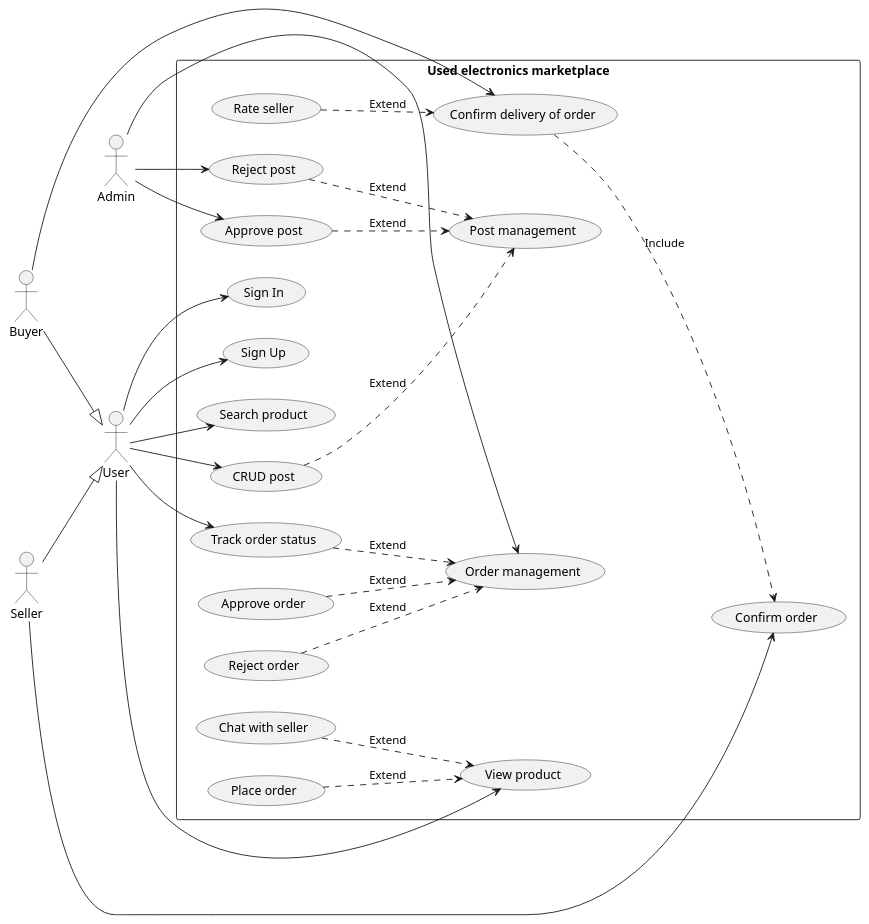
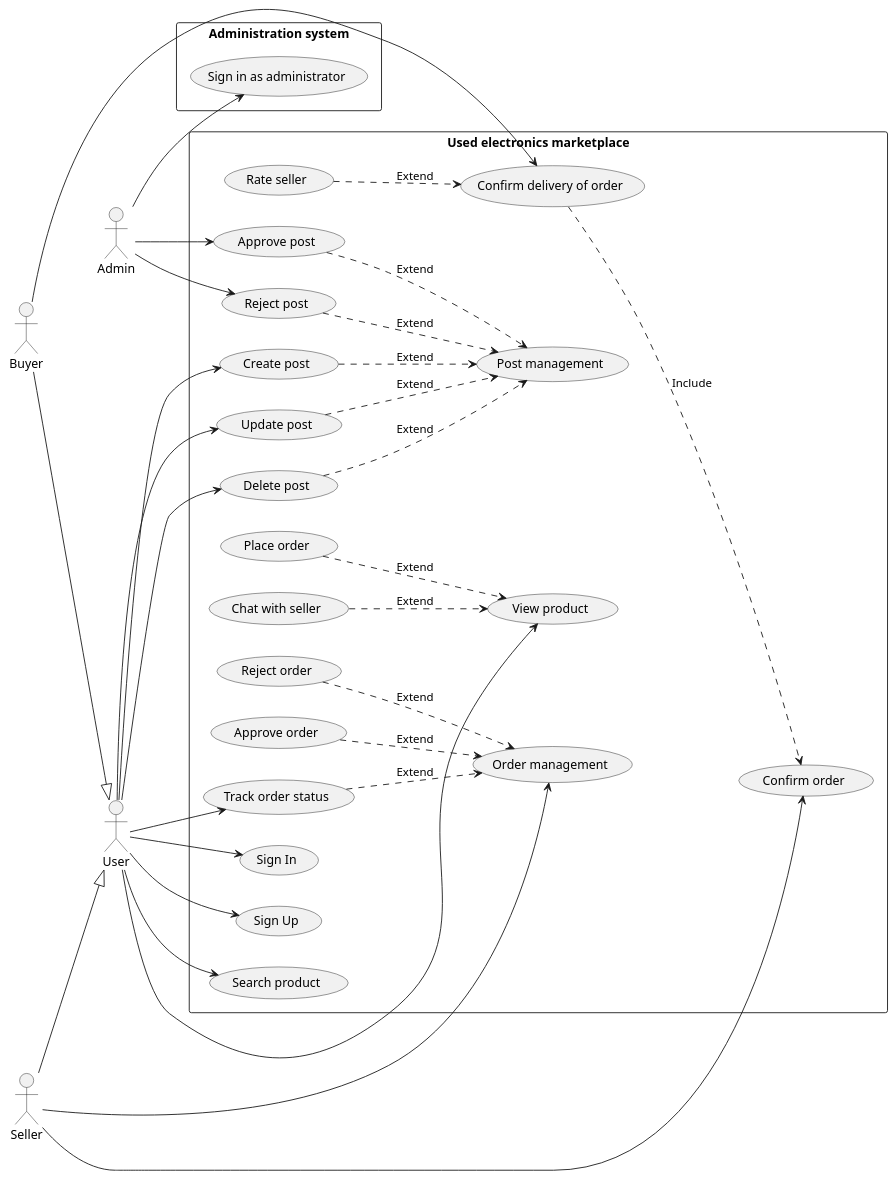
Before and after one commit to doublek2712/SE357-Pratice-class: the diagram in Lab 1.2/usecase.puml, drawn with PlantUML.

```diff
--- a/Lab 1.2/usecase.puml
+++ b/Lab 1.2/usecase.puml
@@ -1,35 +1,42 @@
 @startuml
 left to right direction
 skinparam packageStyle rectangle
 actor User
 actor Admin
 actor Buyer
 actor Seller
 rectangle "Used electronics marketplace" {
     User --> (Sign In)
     User --> (Sign Up)
     User --> (View product)
     User --> (Search product)
-    (CRUD post) ..> (Post management): Extend
+    (Create post) ..> (Post management): Extend
+    (Update post) ..> (Post management): Extend
+    (Delete post) ..> (Post management): Extend
     (Approve post) ..> (Post management): Extend
     (Reject post) ..> (Post management): Extend
     (Chat with seller) ..> (View product): Extend
     (Place order) ..> (View product): Extend
-    User --> (CRUD post)
+    User --> (Create post)
+    User --> (Update post)
+    User --> (Delete post)
     Admin --> (Approve post)
     Admin --> (Reject post)
     (Approve order) ..> (Order management): Extend
     (Reject order) ..> (Order management): Extend
     (Track order status) ..> (Order management): Extend
-    Admin --> (Order management)
+    Seller --> (Order management)
     User --> (Track order status)
     Buyer --> (Confirm delivery of order)
     (Rate seller) ..> (Confirm delivery of order): Extend
     Seller --> (Confirm order)
     (Confirm delivery of order) ..> (Confirm order): Include
 }
+rectangle "Administration system"{
+    Admin --> (Sign in as administrator)
+}
 
 Buyer --|> User
 Seller --|> User
 
 @enduml
```
